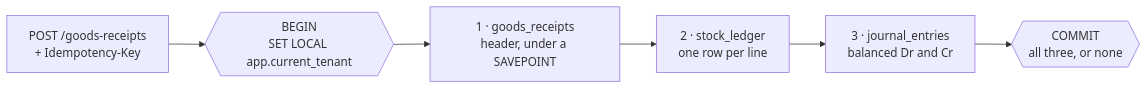
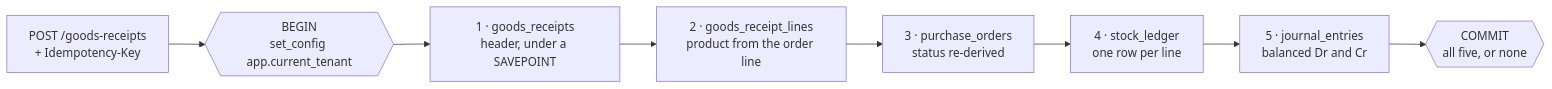
Before and after one commit to Nimrod-DG/mini-erp: the second of 2 diagrams in README.md, drawn with Mermaid. The commit also changed other lines of this file and 1 other file, not shown here.

````diff
--- a/README.md
+++ b/README.md
@@ -207,8 +214,10 @@
 ```mermaid
 flowchart LR
-    S["POST /goods-receipts<br/>+ Idempotency-Key"] --> T{{"BEGIN<br/>SET LOCAL app.current_tenant"}}
+    S["POST /goods-receipts<br/>+ Idempotency-Key"] --> T{{"BEGIN<br/>set_config app.current_tenant"}}
     T --> R1["1 · goods_receipts<br/>header, under a SAVEPOINT"]
-    R1 --> R2["2 · stock_ledger<br/>one row per line"]
-    R2 --> R3["3 · journal_entries<br/>balanced Dr and Cr"]
-    R3 --> C{{"COMMIT<br/>all three, or none"}}
+    R1 --> R2["2 · goods_receipt_lines<br/>product from the order line"]
+    R2 --> R3["3 · purchase_orders<br/>status re-derived"]
+    R3 --> R4["4 · stock_ledger<br/>one row per line"]
+    R4 --> R5["5 · journal_entries<br/>balanced Dr and Cr"]
+    R5 --> C{{"COMMIT<br/>all five, or none"}}
 ```
````
